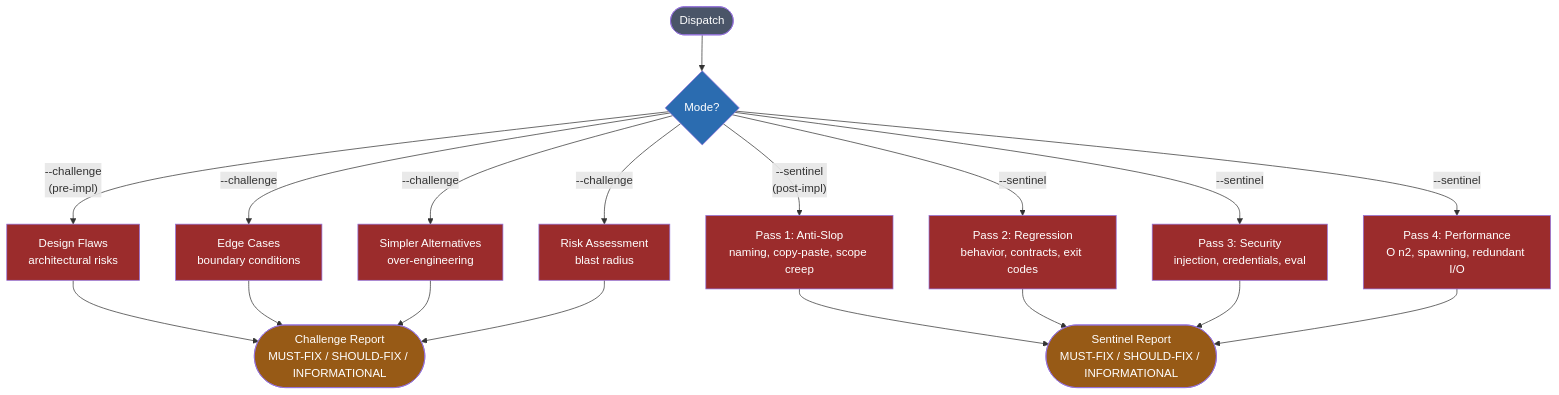
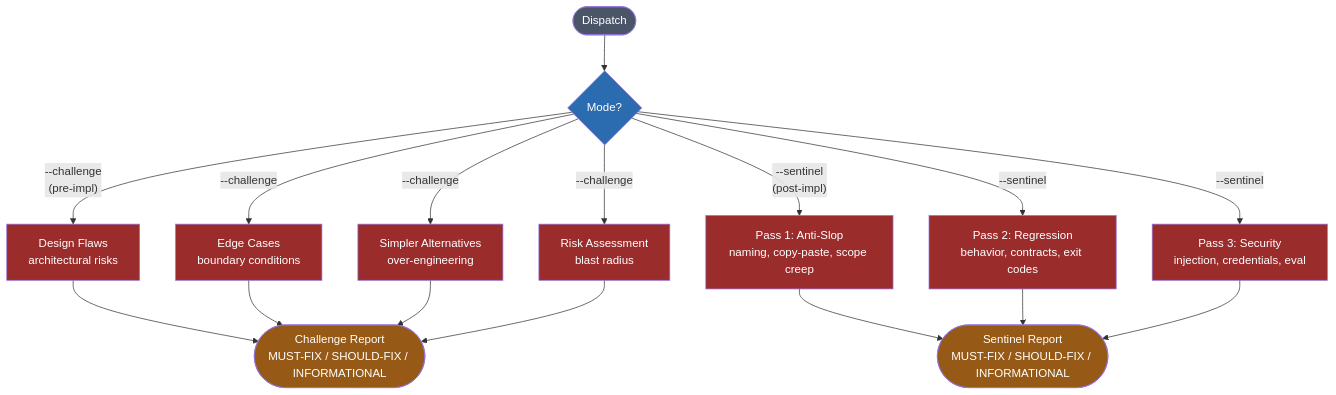
The ninth of 12 diagrams in reference/diagrams.md (rfxn/rdf), drawn with Mermaid before and after one commit. The commit also changed other lines of this file and 70 other files, not shown here.

````diff
--- a/reference/diagrams.md
+++ b/reference/diagrams.md
@@ -519,40 +519,37 @@
 ```mermaid
 flowchart TD
     Input([Dispatch]) --> Mode{Mode?}
 
     Mode -->|"--challenge\n(pre-impl)"| C1
     Mode -->|"--sentinel\n(post-impl)"| P1
 
     C1[Design Flaws\narchitectural risks] --> COut
     C2[Edge Cases\nboundary conditions] --> COut
     C3[Simpler Alternatives\nover-engineering] --> COut
     C4[Risk Assessment\nblast radius] --> COut
     Mode -->|"--challenge"| C2
     Mode -->|"--challenge"| C3
     Mode -->|"--challenge"| C4
 
     COut([Challenge Report\nMUST-FIX / SHOULD-FIX / INFORMATIONAL])
 
     P1[Pass 1: Anti-Slop\nnaming, copy-paste, scope creep] --> SOut
     P2[Pass 2: Regression\nbehavior, contracts, exit codes] --> SOut
     P3[Pass 3: Security\ninjection, credentials, eval] --> SOut
-    P4[Pass 4: Performance\nO n2, spawning, redundant I/O] --> SOut
     Mode -->|"--sentinel"| P2
     Mode -->|"--sentinel"| P3
-    Mode -->|"--sentinel"| P4
 
     SOut([Sentinel Report\nMUST-FIX / SHOULD-FIX / INFORMATIONAL])
 
     style C1 fill:#9b2c2c,color:#fff
     style C2 fill:#9b2c2c,color:#fff
     style C3 fill:#9b2c2c,color:#fff
     style C4 fill:#9b2c2c,color:#fff
     style P1 fill:#9b2c2c,color:#fff
     style P2 fill:#9b2c2c,color:#fff
     style P3 fill:#9b2c2c,color:#fff
-    style P4 fill:#9b2c2c,color:#fff
     style Input fill:#4a5568,color:#fff
     style Mode fill:#2b6cb0,color:#fff
     style COut fill:#975a16,color:#fff
     style SOut fill:#975a16,color:#fff
 ```
````
